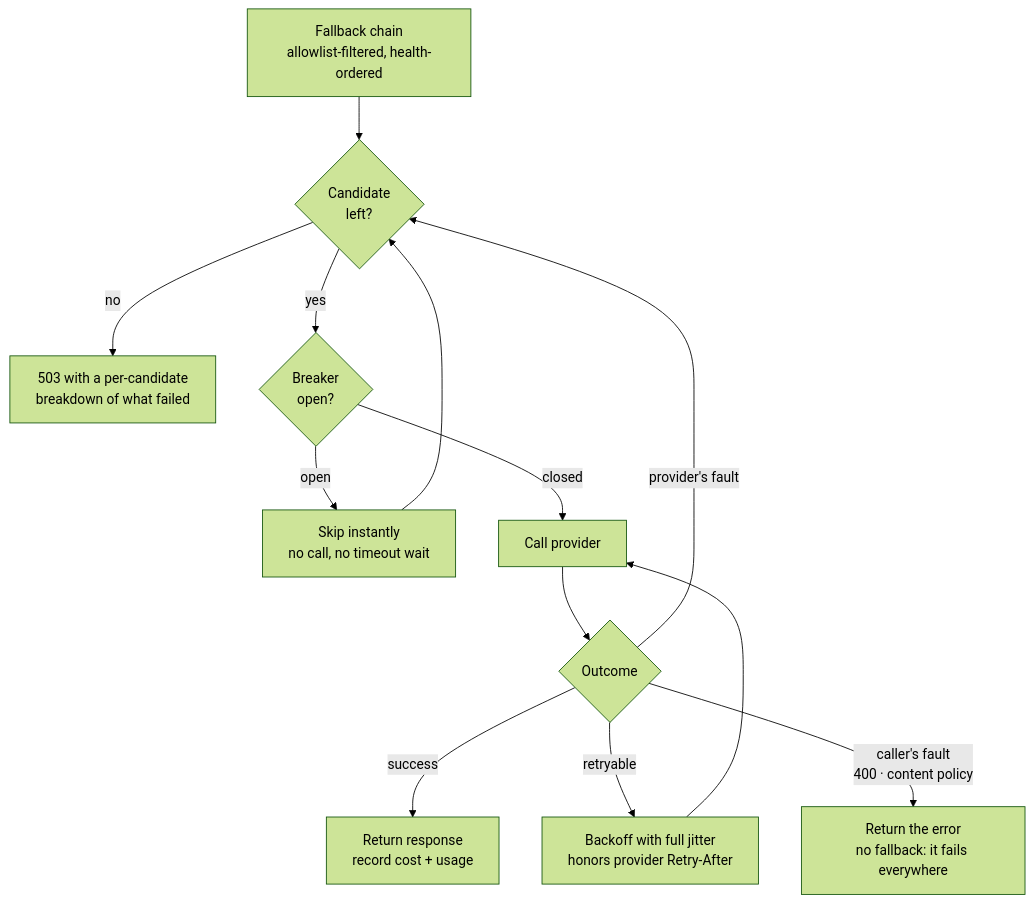
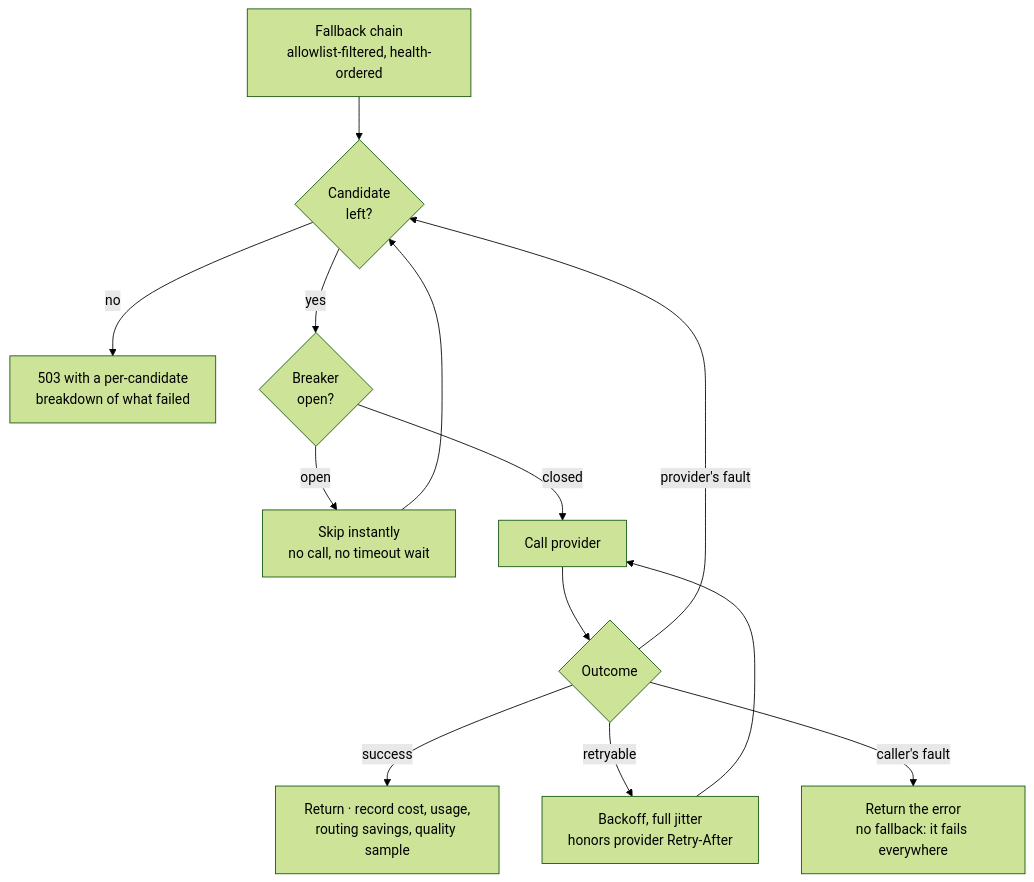
Before and after one commit to Harshalsharma05/switchyard: the third of 3 diagrams in README.md, drawn with Mermaid (forest theme). The commit also changed other lines of this file and 23 other files, not shown here.

````diff
--- a/README.md
+++ b/README.md
@@ -115,19 +120,13 @@
 ```mermaid
 flowchart TB
     CH["Fallback chain<br/>allowlist-filtered, health-ordered"] --> S
-
     S{"Candidate<br/>left?"} -->|"no"| E503["503 with a per-candidate<br/>breakdown of what failed"]
     S -->|"yes"| BR{"Breaker<br/>open?"}
-
-    BR -->|"open"| SKIP["Skip instantly<br/>no call, no timeout wait"]
-    SKIP --> S
-
+    BR -->|"open"| SKIP["Skip instantly<br/>no call, no timeout wait"] --> S
     BR -->|"closed"| CALL["Call provider"]
     CALL --> OUT{"Outcome"}
-
-    OUT -->|"success"| WIN["Return response<br/>record cost + usage"]
-    OUT -->|"retryable"| RT["Backoff with full jitter<br/>honors provider Retry-After"]
-    RT --> CALL
-    OUT -->|"caller's fault<br/>400 · content policy"| FAIL["Return the error<br/>no fallback: it fails everywhere"]
+    OUT -->|"success"| WIN["Return · record cost, usage,<br/>routing savings, quality sample"]
+    OUT -->|"retryable"| RT["Backoff, full jitter<br/>honors provider Retry-After"] --> CALL
+    OUT -->|"caller's fault"| FAIL["Return the error<br/>no fallback: it fails everywhere"]
     OUT -->|"provider's fault"| S
 ```
````
